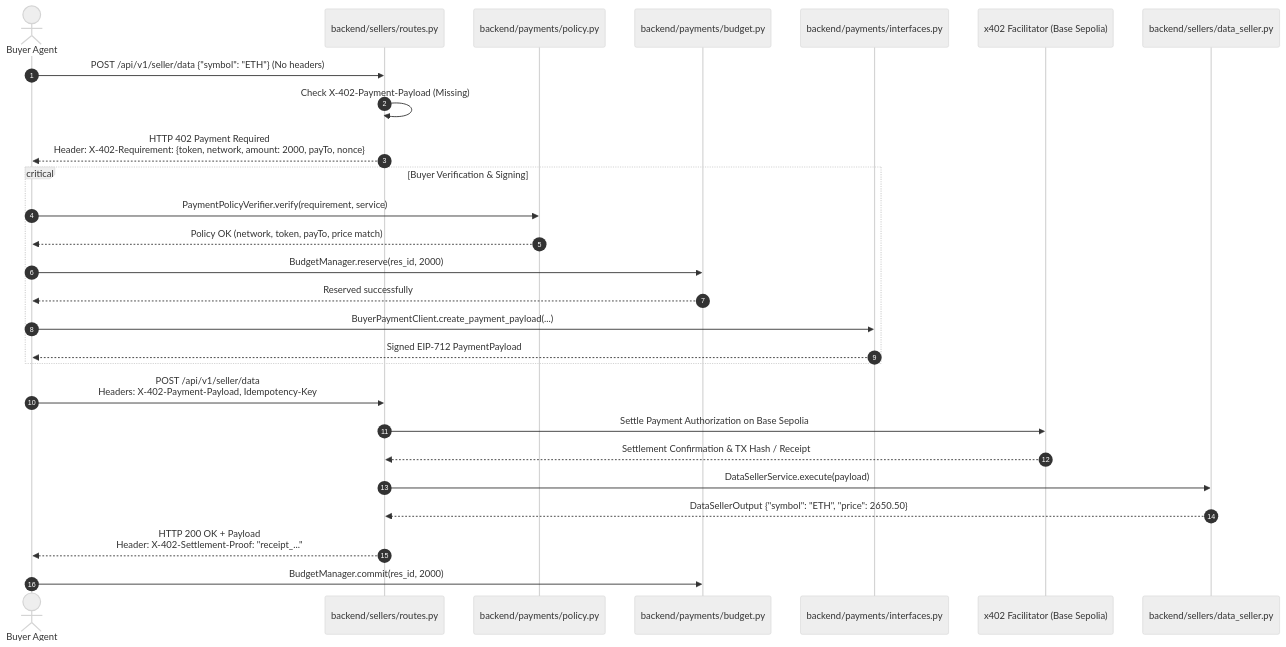
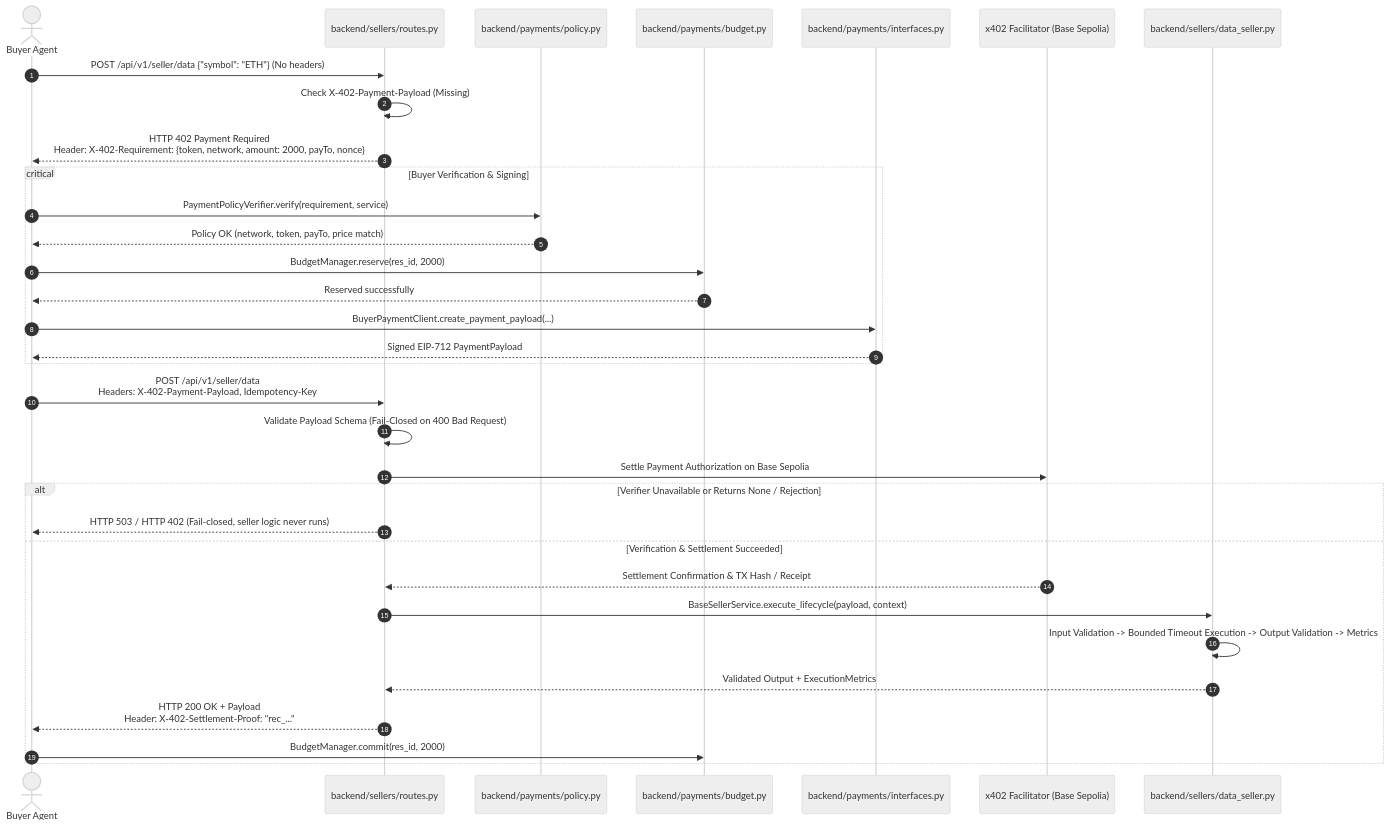
Before and after one commit to RehanKwatla/AgentMarketPlace-: the third of 5 diagrams in docs/FLOW.md, drawn with Mermaid (neutral theme). The commit also changed other lines of this file and 6 other files, not shown here.

Commit message:
feat(sellers): complete Step 5A independent seller testing and fail-closed safety guards

````diff
--- a/docs/FLOW.md
+++ b/docs/FLOW.md
@@ -65,32 +65,38 @@
 ```mermaid
 sequenceDiagram
     autonumber
     actor Buyer as Buyer Agent
     participant SellerRoute as backend/sellers/routes.py
     participant Policy as backend/payments/policy.py
     participant Budget as backend/payments/budget.py
     participant Signer as backend/payments/interfaces.py
     participant Facilitator as x402 Facilitator (Base Sepolia)
     participant SellerSvc as backend/sellers/data_seller.py
 
     Buyer->>SellerRoute: POST /api/v1/seller/data {"symbol": "ETH"} (No headers)
     SellerRoute->>SellerRoute: Check X-402-Payment-Payload (Missing)
     SellerRoute-->>Buyer: HTTP 402 Payment Required<br/>Header: X-402-Requirement: {token, network, amount: 2000, payTo, nonce}
 
     critical Buyer Verification & Signing
         Buyer->>Policy: PaymentPolicyVerifier.verify(requirement, service)
         Policy-->>Buyer: Policy OK (network, token, payTo, price match)
         Buyer->>Budget: BudgetManager.reserve(res_id, 2000)
         Budget-->>Buyer: Reserved successfully
         Buyer->>Signer: BuyerPaymentClient.create_payment_payload(...)
         Signer-->>Buyer: Signed EIP-712 PaymentPayload
     end
 
     Buyer->>SellerRoute: POST /api/v1/seller/data<br/>Headers: X-402-Payment-Payload, Idempotency-Key
+    SellerRoute->>SellerRoute: Validate Payload Schema (Fail-Closed on 400 Bad Request)
     SellerRoute->>Facilitator: Settle Payment Authorization on Base Sepolia
-    Facilitator-->>SellerRoute: Settlement Confirmation & TX Hash / Receipt
-    SellerRoute->>SellerSvc: DataSellerService.execute(payload)
-    SellerSvc-->>SellerRoute: DataSellerOutput {"symbol": "ETH", "price": 2650.50}
-    SellerRoute-->>Buyer: HTTP 200 OK + Payload<br/>Header: X-402-Settlement-Proof: "receipt_..."
-    Buyer->>Budget: BudgetManager.commit(res_id, 2000)
+    alt Verifier Unavailable or Returns None / Rejection
+        SellerRoute-->>Buyer: HTTP 503 / HTTP 402 (Fail-closed, seller logic never runs)
+    else Verification & Settlement Succeeded
+        Facilitator-->>SellerRoute: Settlement Confirmation & TX Hash / Receipt
+        SellerRoute->>SellerSvc: BaseSellerService.execute_lifecycle(payload, context)
+        SellerSvc->>SellerSvc: Input Validation -> Bounded Timeout Execution -> Output Validation -> Metrics
+        SellerSvc-->>SellerRoute: Validated Output + ExecutionMetrics
+        SellerRoute-->>Buyer: HTTP 200 OK + Payload<br/>Header: X-402-Settlement-Proof: "rec_..."
+        Buyer->>Budget: BudgetManager.commit(res_id, 2000)
+    end
 ```
````
